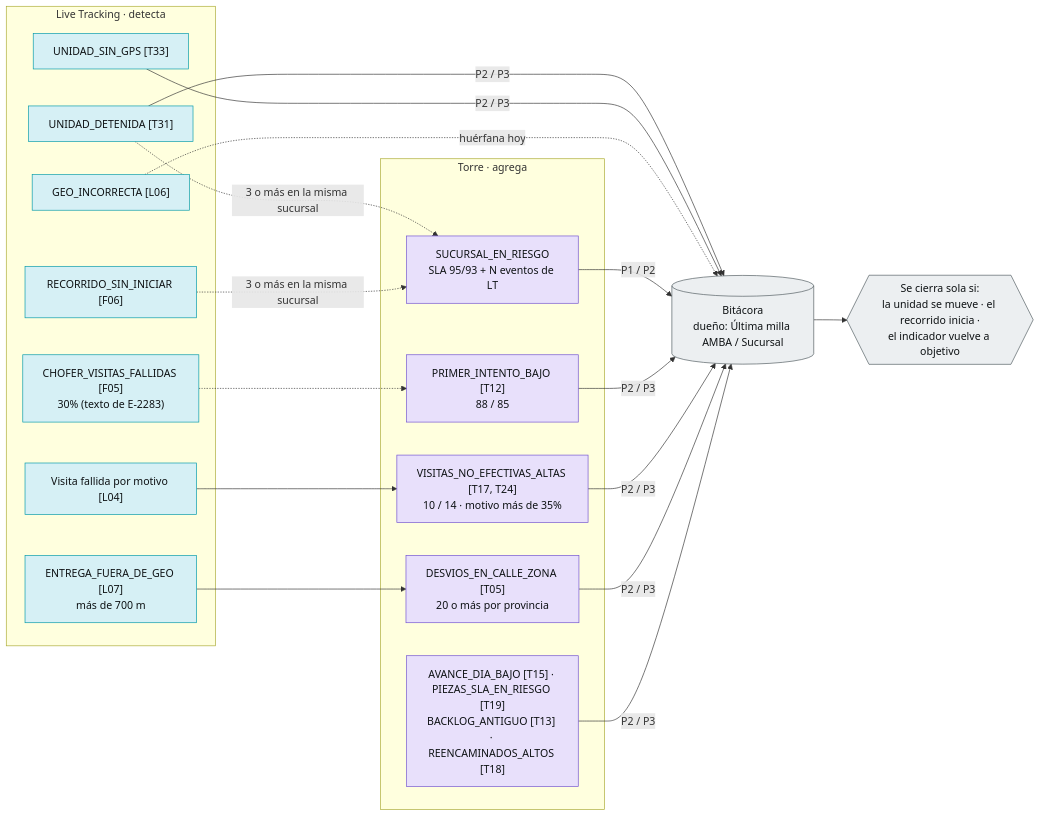
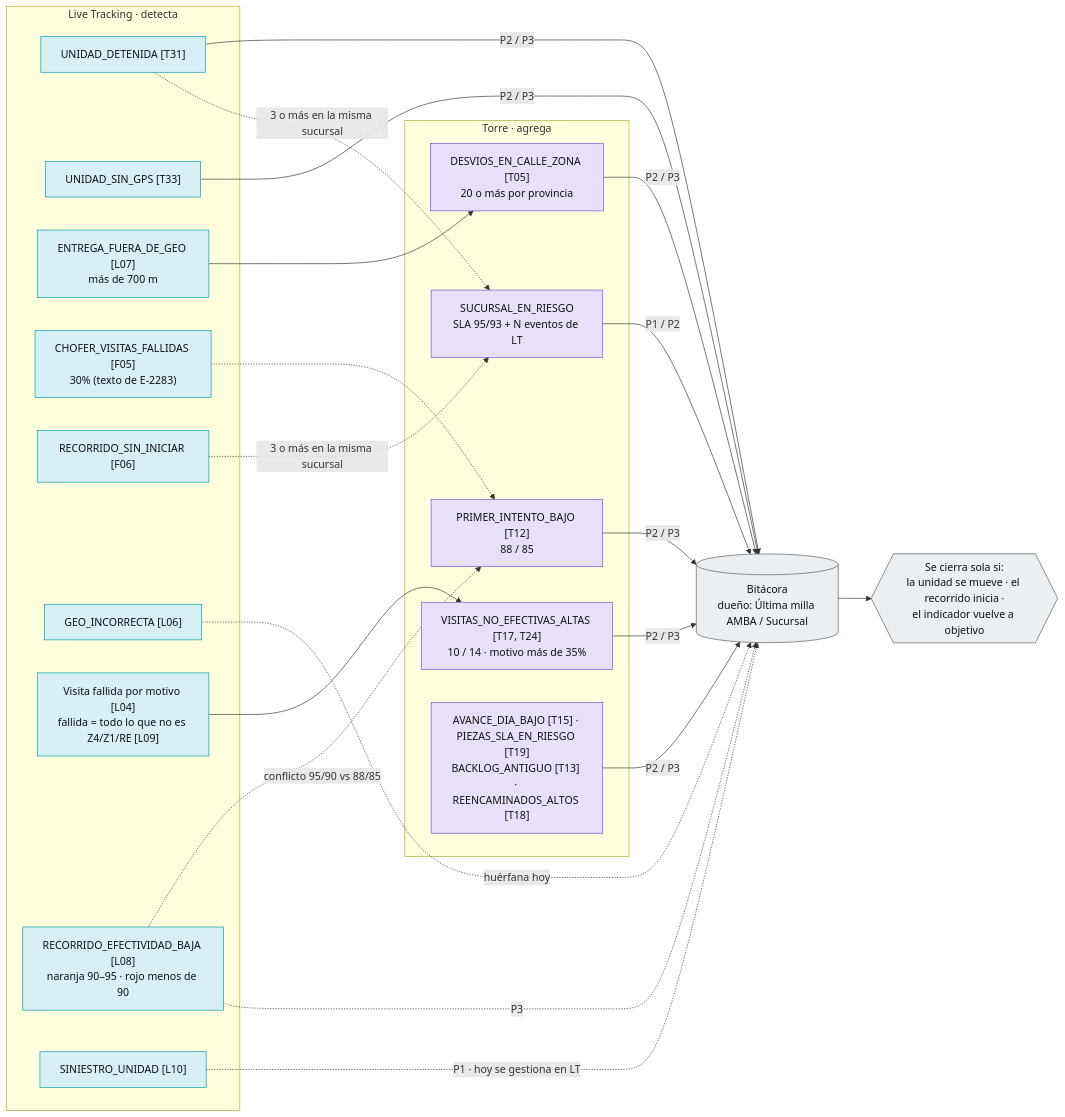
One commit to juancaja2025/Tower-control- changed the third of 5 diagrams in analisis-alertas/flujos.md. Above: the diagram before and after it, drawn with Mermaid. The commit also changed other lines of this file and 34 other files, not shown here.

````diff
--- a/analisis-alertas/flujos.md
+++ b/analisis-alertas/flujos.md
@@ -112,35 +115,40 @@
 ```mermaid
 flowchart LR
   subgraph LT["Live Tracking · detecta"]
     A1["UNIDAD_DETENIDA [T31]"]
     A2["UNIDAD_SIN_GPS [T33]"]
     A3["ENTREGA_FUERA_DE_GEO [L07]<br/>más de 700 m"]
     A4["CHOFER_VISITAS_FALLIDAS [F05]<br/>30% (texto de E-2283)"]
     A5["RECORRIDO_SIN_INICIAR [F06]"]
     A6["GEO_INCORRECTA [L06]"]
-    A7["Visita fallida por motivo [L04]"]
+    A7["Visita fallida por motivo [L04]<br/>fallida = todo lo que no es Z4/Z1/RE [L09]"]
+    A8["RECORRIDO_EFECTIVIDAD_BAJA [L08]<br/>naranja 90–95 · rojo menos de 90"]
+    A9["SINIESTRO_UNIDAD [L10]"]
   end
   subgraph TC["Torre · agrega"]
     B1["SUCURSAL_EN_RIESGO<br/>SLA 95/93 + N eventos de LT"]
     B2["PRIMER_INTENTO_BAJO [T12]<br/>88 / 85"]
     B3["VISITAS_NO_EFECTIVAS_ALTAS [T17, T24]<br/>10 / 14 · motivo más de 35%"]
     B4["DESVIOS_EN_CALLE_ZONA [T05]<br/>20 o más por provincia"]
     B5["AVANCE_DIA_BAJO [T15] · PIEZAS_SLA_EN_RIESGO [T19]<br/>BACKLOG_ANTIGUO [T13] · REENCAMINADOS_ALTOS [T18]"]
   end
   BIT[("Bitácora<br/>dueño: Última milla AMBA / Sucursal")]
   A1 & A2 -->|"P2 / P3"| BIT
   A1 & A5 -.->|"3 o más en la misma sucursal"| B1
   A4 -.-> B2
+  A8 -.->|"conflicto 95/90 vs 88/85"| B2
+  A8 -.->|P3| BIT
+  A9 -.->|"P1 · hoy se gestiona en LT"| BIT
   A7 --> B3
   A3 --> B4
   A6 -.->|"huérfana hoy"| BIT
   B1 -->|"P1 / P2"| BIT
   B2 & B3 & B4 & B5 -->|"P2 / P3"| BIT
   BIT --> R1{{"Se cierra sola si:<br/>la unidad se mueve · el recorrido inicia ·<br/>el indicador vuelve a objetivo"}}
   classDef lt fill:#d6f0f5,stroke:#0099a8,color:#0e1214
   classDef tc fill:#e8e0fb,stroke:#6f4fd1,color:#0e1214
   classDef bit fill:#eceff1,stroke:#4e595d,color:#0e1214
-  class A1,A2,A3,A4,A5,A6,A7 lt
+  class A1,A2,A3,A4,A5,A6,A7,A8,A9 lt
   class B1,B2,B3,B4,B5 tc
   class BIT,R1 bit
 ```
````
